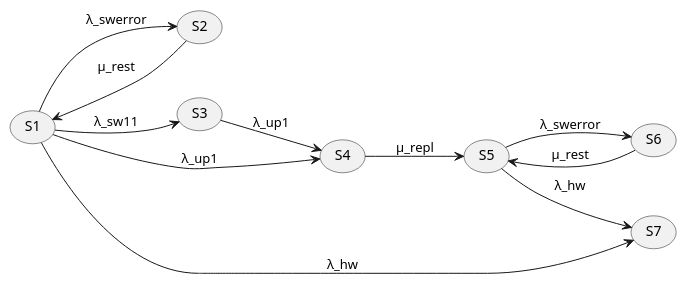
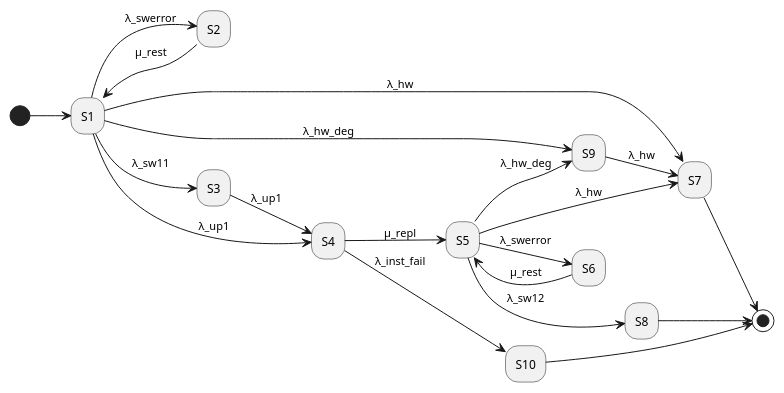
The diagram in tor1/scheme.pu (liubozhyk/tor_labs), drawn with PlantUML before and after one commit.

Commit message:
Modified scheme.pu to 10 states

```diff
--- a/tor1/scheme.pu
+++ b/tor1/scheme.pu
@@ -1,23 +1,32 @@
-@startuml
+@startuml reliability_flow
 left to right direction
 
-usecase "S1" as S1
-usecase "S2" as S2
-usecase "S3" as S3
-usecase "S4" as S4
-usecase "S5" as S5
-usecase "S6" as S6
-usecase "S7" as S7
+    (*) --> "S1" as S1
 
-S1 --> S2 : λ_swerror
-S2 --> S1 : μ_rest
-S1 --> S3 : λ_sw11
-S1 --> S4 : λ_up1
-S3 --> S4 : λ_up1
-S4 --> S5 : μ_repl
-S5 --> S6 : λ_swerror
-S6 --> S5 : μ_rest
-S1 --> S7 : λ_hw
-S5 --> S7 : λ_hw
+    S1 -->[λ_swerror] "S2" as S2
+    S2 -->[μ_rest] S1
+
+    S1 -->[λ_sw11] "S3" as S3
+    S3 -->[λ_up1] "S4" as S4
+
+    S1 -->[λ_up1] S4
+    S4 -->[μ_repl] "S5" as S5
+    S4 -->[λ_inst_fail] "S10" as S10
+
+    S5 -->[λ_swerror] "S6" as S6
+    S6 -->[μ_rest] S5
+
+    S5 -->[λ_sw12] "S8" as S8
+
+    S1 -->[λ_hw_deg] "S9" as S9
+    S5 -->[λ_hw_deg] S9
+    S9 -->[λ_hw] "S7" as S7
+
+    S1 -->[λ_hw] S7
+    S5 -->[λ_hw] S7
+
+    S7 --> (*)
+    S8 --> (*)
+    S10 --> (*)
 
 @enduml
```
